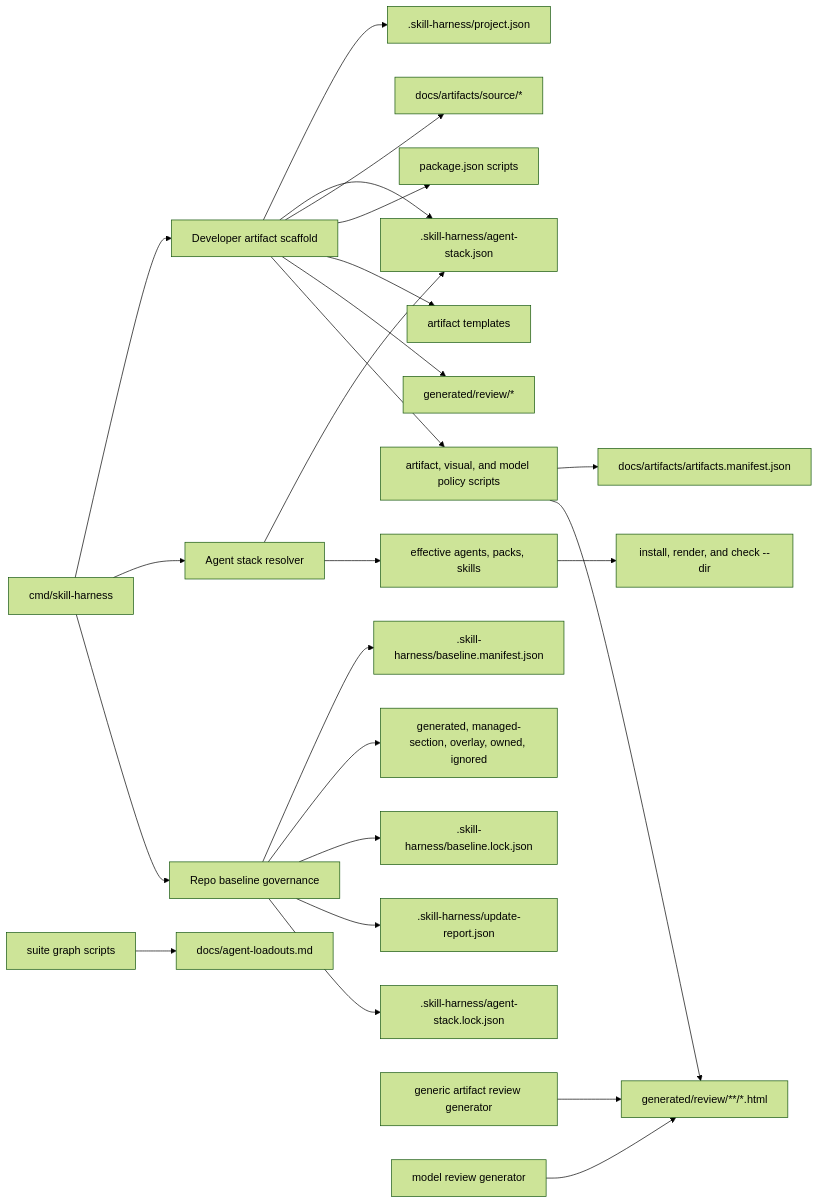
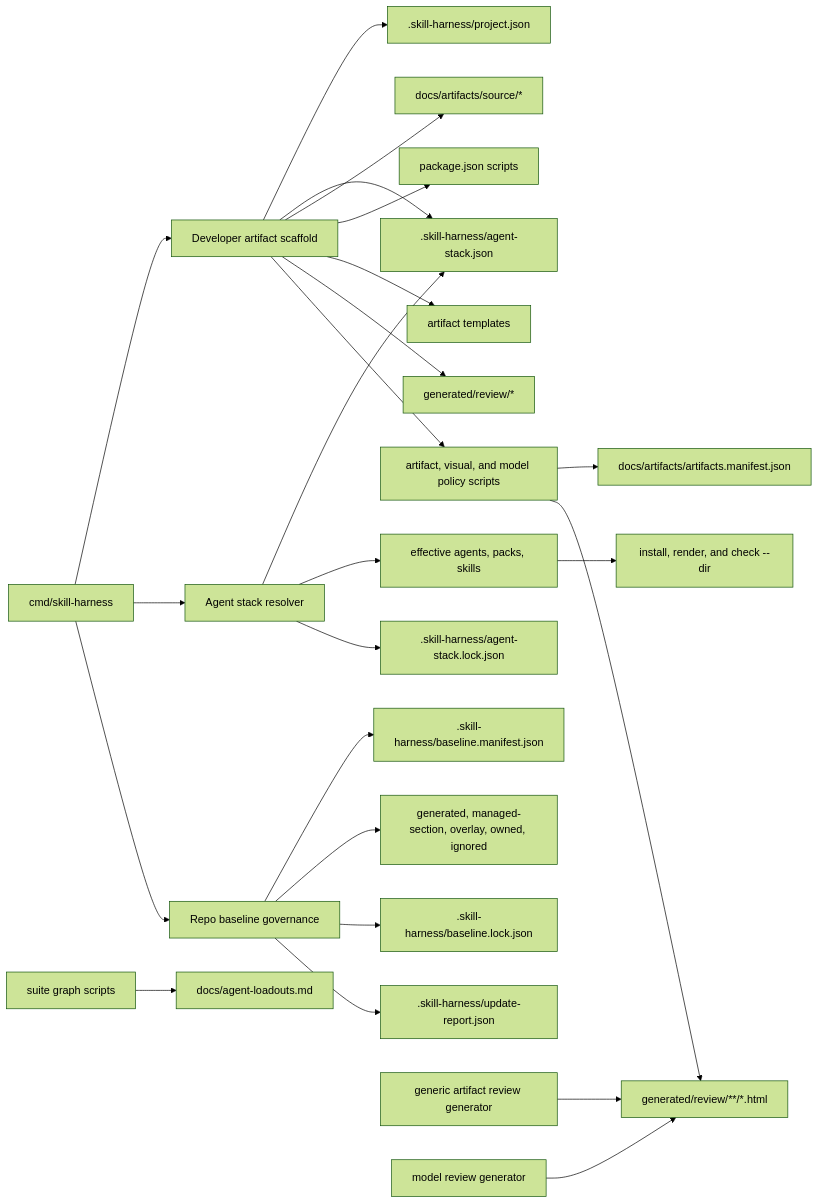
One commit to 45ck/skill-harness changed the diagram in docs/artifacts/source/models/sh-component-scaffold-engine.md. Above: the diagram before and after it, drawn with Mermaid (forest theme). The commit also changed other lines of this file and 24 other files, not shown here.

Commit message:
Harden agent-native repo governance

````diff
--- a/docs/artifacts/source/models/sh-component-scaffold-engine.md
+++ b/docs/artifacts/source/models/sh-component-scaffold-engine.md
@@ -48,26 +48,26 @@
 ```mermaid
 flowchart LR
   CLI["cmd/skill-harness"] --> Scaffold["Developer artifact scaffold"]
   CLI --> Resolver["Agent stack resolver"]
   CLI --> RepoGovernance["Repo baseline governance"]
   Scaffold --> ProjectConfig[".skill-harness/project.json"]
   Scaffold --> AgentStack[".skill-harness/agent-stack.json"]
   Resolver --> AgentStack
   Resolver --> EffectiveState["effective agents, packs, skills"]
+  Resolver --> StackLock[".skill-harness/agent-stack.lock.json"]
   EffectiveState --> InstallRender["install, render, and check --dir"]
   RepoGovernance --> BaselineManifest[".skill-harness/baseline.manifest.json"]
   RepoGovernance --> SurfaceModes["generated, managed-section, overlay, owned, ignored"]
   RepoGovernance --> BaselineLock[".skill-harness/baseline.lock.json"]
   RepoGovernance --> UpdateReport[".skill-harness/update-report.json"]
-  RepoGovernance --> StackLock[".skill-harness/agent-stack.lock.json"]
   Scaffold --> SourceDirs["docs/artifacts/source/*"]
   Scaffold --> PackageScripts["package.json scripts"]
   Scaffold --> Templates["artifact templates"]
   Scaffold --> ReviewDirs["generated/review/*"]
   Scaffold --> PolicyScripts["artifact, visual, and model policy scripts"]
   PolicyScripts --> Manifest["docs/artifacts/artifacts.manifest.json"]
   PolicyScripts --> ReviewHTML["generated/review/**/*.html"]
   GenericRenderer["generic artifact review generator"] --> ReviewHTML
   ModelRenderer["model review generator"] --> ReviewHTML
   SuiteScripts["suite graph scripts"] --> LoadoutDocs["docs/agent-loadouts.md"]
 ```
````
